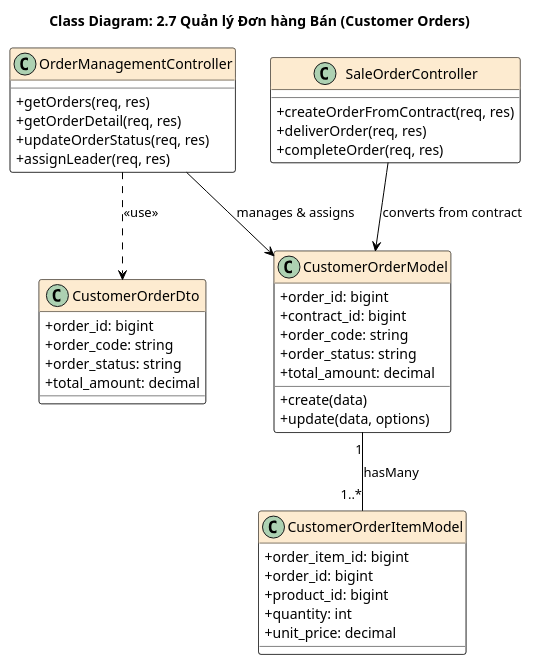
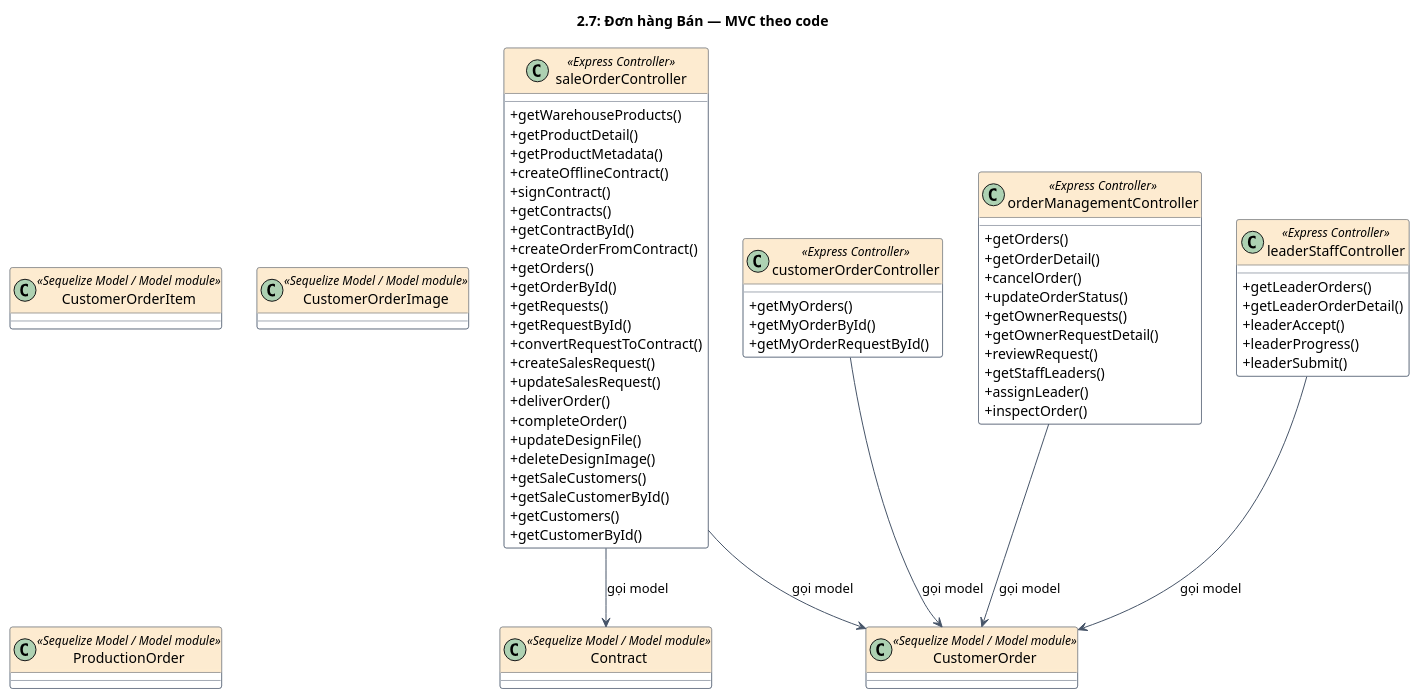
The seventh of 14 diagrams in docs/classdiagrams.md (chuoois/FS-SIMS), drawn with PlantUML before and after one commit. The commit also changed other lines of this file and 8 other files, not shown here.

````diff
--- a/docs/classdiagrams.md
+++ b/docs/classdiagrams.md
@@ -367,55 +304,80 @@
 ```plantuml
 @startuml
 skinparam classAttributeIconSize 0
 skinparam class {
-    BackgroundColor White
-    BorderColor Black
-    ArrowColor Black
-    HeaderBackgroundColor #FDEBD0
+  BackgroundColor White
+  BorderColor #475569
+  ArrowColor #475569
+  HeaderBackgroundColor #FDEBD0
 }
-title Class Diagram: 2.7 Quản lý Đơn hàng Bán (Customer Orders)
+title 2.7: Đơn hàng Bán — MVC theo code
 
-class OrderManagementController {
-  +getOrders(req, res)
-  +getOrderDetail(req, res)
-  +updateOrderStatus(req, res)
-  +assignLeader(req, res)
+class saleOrderController <<Express Controller>> {
+  +getWarehouseProducts()
+  +getProductDetail()
+  +getProductMetadata()
+  +createOfflineContract()
+  +signContract()
+  +getContracts()
+  +getContractById()
+  +createOrderFromContract()
+  +getOrders()
+  +getOrderById()
+  +getRequests()
+  +getRequestById()
+  +convertRequestToContract()
+  +createSalesRequest()
+  +updateSalesRequest()
+  +deliverOrder()
+  +completeOrder()
+  +updateDesignFile()
+  +deleteDesignImage()
+  +getSaleCustomers()
+  +getSaleCustomerById()
+  +getCustomers()
+  +getCustomerById()
 }
 
-class SaleOrderController {
-  +createOrderFromContract(req, res)
-  +deliverOrder(req, res)
-  +completeOrder(req, res)
+class customerOrderController <<Express Controller>> {
+  +getMyOrders()
+  +getMyOrderById()
+  +getMyOrderRequestById()
 }
 
-class CustomerOrderModel {
-  +order_id: bigint
-  +contract_id: bigint
-  +order_code: string
-  +order_status: string
-  +total_amount: decimal
-  +create(data)
-  +update(data, options)
+class orderManagementController <<Express Controller>> {
+  +getOrders()
+  +getOrderDetail()
+  +cancelOrder()
+  +updateOrderStatus()
+  +getOwnerRequests()
+  +getOwnerRequestDetail()
+  +reviewRequest()
+  +getStaffLeaders()
+  +assignLeader()
+  +inspectOrder()
 }
 
-class CustomerOrderItemModel {
-  +order_item_id: bigint
-  +order_id: bigint
-  +product_id: bigint
-  +quantity: int
-  +unit_price: decimal
+class leaderStaffController <<Express Controller>> {
+  +getLeaderOrders()
+  +getLeaderOrderDetail()
+  +leaderAccept()
+  +leaderProgress()
+  +leaderSubmit()
 }
 
-class CustomerOrderDto {
-  +order_id: bigint
-  +order_code: string
-  +order_status: string
-  +total_amount: decimal
-}
+class CustomerOrder <<Sequelize Model / Model module>>
 
-OrderManagementController --> CustomerOrderModel : manages & assigns
-SaleOrderController --> CustomerOrderModel : converts from contract
-CustomerOrderModel "1" -- "1..*" CustomerOrderItemModel : hasMany
-OrderManagementController ..> CustomerOrderDto : <<use>>
+class CustomerOrderItem <<Sequelize Model / Model module>>
+
+class CustomerOrderImage <<Sequelize Model / Model module>>
+
+class Contract <<Sequelize Model / Model module>>
+
+class ProductionOrder <<Sequelize Model / Model module>>
+saleOrderController --> CustomerOrder : gọi model
+saleOrderController --> Contract : gọi model
+customerOrderController --> CustomerOrder : gọi model
+orderManagementController --> CustomerOrder : gọi model
+leaderStaffController --> CustomerOrder : gọi model
 @enduml
 ```
````
